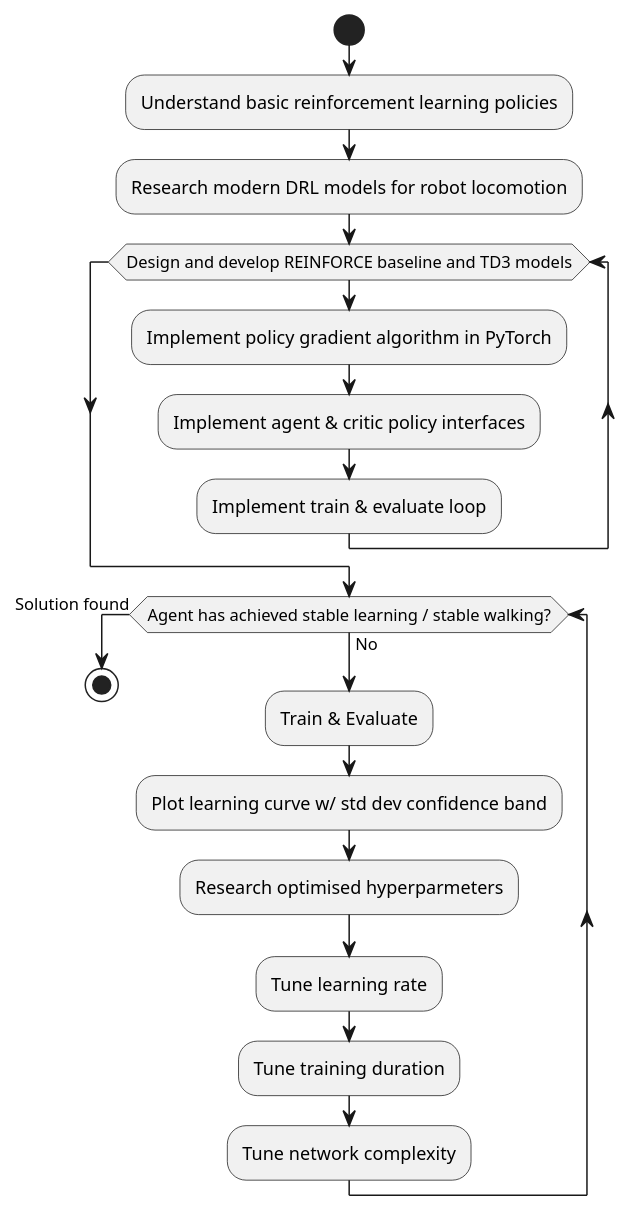
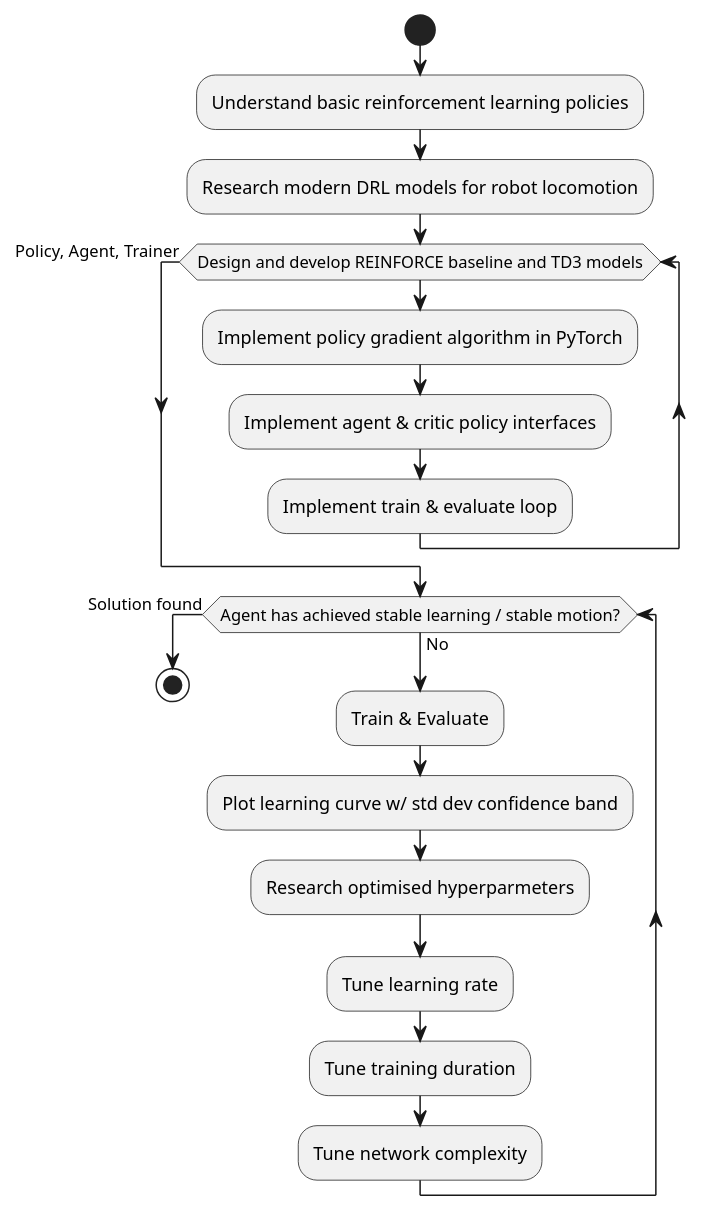
One commit to RalleyD/walking_with_DRLs changed the diagram in doc/diagrams/project-flow.plantuml. Above: the diagram before and after it, drawn with PlantUML.

Commit message:
project flow chart - tidy while loops

```diff
--- a/doc/diagrams/project-flow.plantuml
+++ b/doc/diagrams/project-flow.plantuml
@@ -1,25 +1,25 @@
 @startuml
 
 start
 
 :Understand basic reinforcement learning policies;
 :Research modern DRL models for robot locomotion;
 
 while (Design and develop REINFORCE baseline and TD3 models)
     :Implement policy gradient algorithm in PyTorch;
     :Implement agent & critic policy interfaces;
     :Implement train & evaluate loop;
-endwhile
+endwhile (Policy, Agent, Trainer)
 
-while (Agent has achieved stable learning / stable walking?) is (No)
+while (Agent has achieved stable learning / stable motion?) is (No)
     :Train & Evaluate;
     :Plot learning curve w/ std dev confidence band;
     :Research optimised hyperparmeters;
     :Tune learning rate;
     :Tune training duration;
     :Tune network complexity;
 endwhile (Solution found)
 
 stop
 
 @enduml
```
